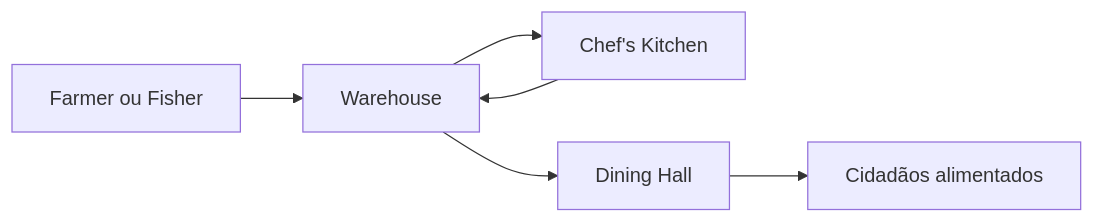
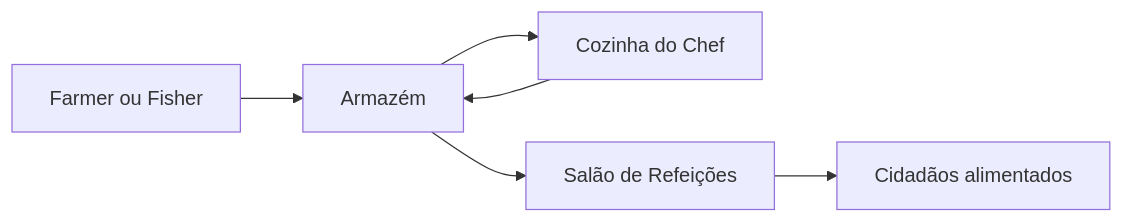
One commit to addandias/minecolonies-vault changed the diagram in content/05 - Alimentação/Sistema de fome.md. Above: the diagram before and after it, drawn with Mermaid. The commit also changed other lines of this file and 127 other files, not shown here.

````diff
--- a/content/05 - Alimentação/Sistema de fome.md
+++ b/content/05 - Alimentação/Sistema de fome.md
@@ -19,8 +19,8 @@
 ```mermaid
 flowchart LR
-    A["Farmer ou Fisher"] --> B["Warehouse"]
-    B --> C["Chef's Kitchen"]
+    A["Farmer ou Fisher"] --> B["Armazém"]
+    B --> C["Cozinha do Chef"]
     C --> B
-    B --> D["Dining Hall"]
+    B --> D["Salão de Refeições"]
     D --> E["Cidadãos alimentados"]
 ```
````
